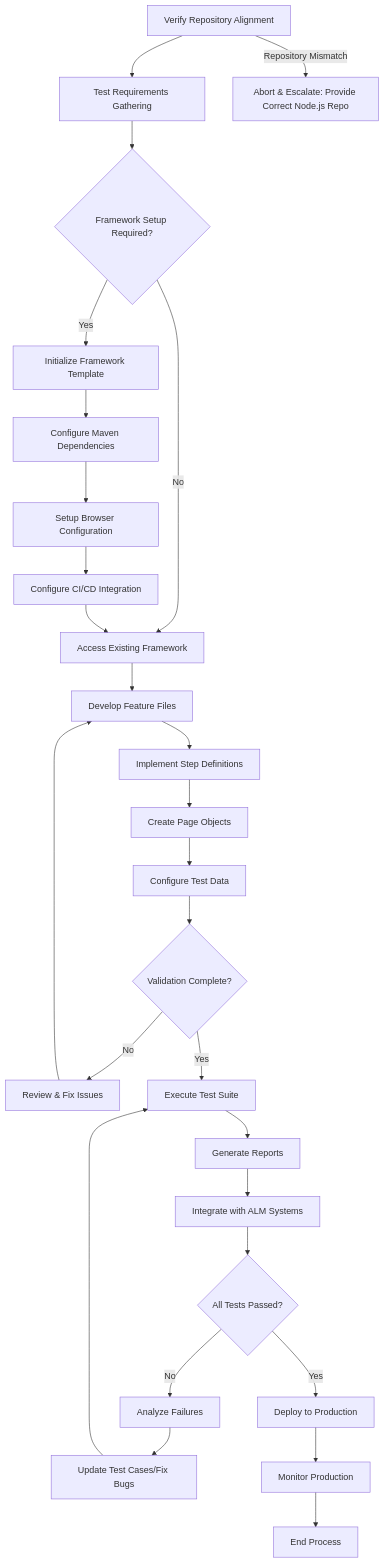
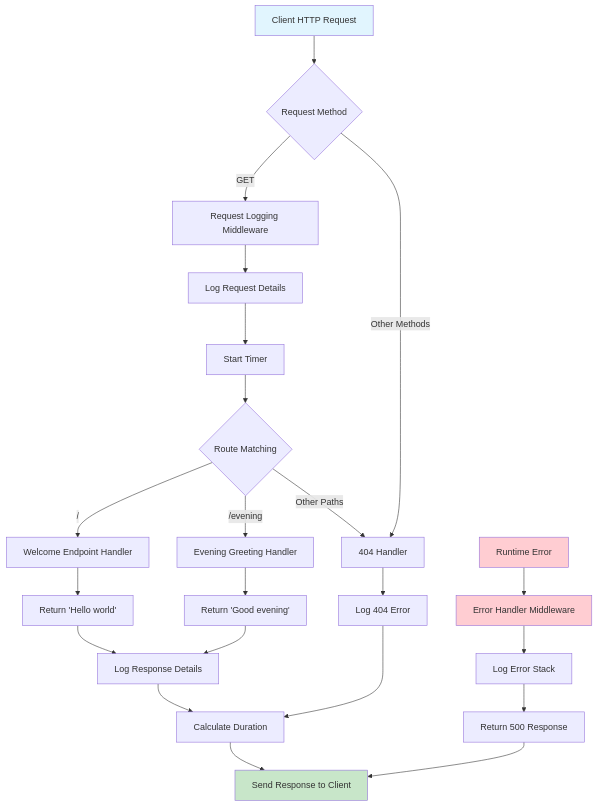
Before and after one commit to lakshya-blitzy/branch_August_lakshya_: the second of 47 diagrams in blitzy/documentation/Technical Specifications.md, drawn with Mermaid. The commit also changed other lines of this file, not shown here.

````diff
--- a/blitzy/documentation/Technical Specifications.md
+++ b/blitzy/documentation/Technical Specifications.md
@@ -1301,36 +1354,35 @@
 ```mermaid
 flowchart TD
-    A0[Verify Repository Alignment] --> A[Test Requirements Gathering]
-    A0 -->|Repository Mismatch| Z[Abort & Escalate: Provide Correct Node.js Repo]
+    A[Client HTTP Request] --> B{Request Method}
+    B -->|GET| C[Request Logging Middleware]
+    B -->|Other Methods| D[404 Handler]
     
-    A --> B{Framework Setup Required?}
-    B -->|Yes| C[Initialize Framework Template]
-    B -->|No| D[Access Existing Framework]
+    C --> E[Log Request Details]
+    E --> F[Start Timer]
+    F --> G{Route Matching}
     
-    C --> E[Configure Maven Dependencies]
-    E --> F[Setup Browser Configuration]
-    F --> G[Configure CI/CD Integration]
-    G --> D
+    G -->|"/"| H[Welcome Endpoint Handler]
+    G -->|"/evening"| I[Evening Greeting Handler]
+    G -->|Other Paths| D
     
-    D --> H[Develop Feature Files]
-    H --> I[Implement Step Definitions]
-    I --> J[Create Page Objects]
-    J --> K[Configure Test Data]
+    H --> J["Return 'Hello world'"]
+    I --> K["Return 'Good evening'"]
     
-    K --> L{Validation Complete?}
-    L -->|No| M[Review & Fix Issues]
-    M --> H
-    L -->|Yes| N[Execute Test Suite]
+    J --> L[Log Response Details]
+    K --> L
+    D --> M[Log 404 Error]
     
-    N --> O[Generate Reports]
-    O --> P[Integrate with ALM Systems]
-    P --> Q{All Tests Passed?}
+    L --> N[Calculate Duration]
+    M --> N
+    N --> O[Send Response to Client]
     
-    Q -->|Yes| R[Deploy to Production]
-    Q -->|No| S[Analyze Failures]
-    S --> T[Update Test Cases/Fix Bugs]
-    T --> N
+    P[Runtime Error] --> Q[Error Handler Middleware]
+    Q --> R[Log Error Stack]
+    R --> S[Return 500 Response]
+    S --> O
     
-    R --> U[Monitor Production]
-    U --> V[End Process]
+    style A fill:#e1f5fe
+    style O fill:#c8e6c9
+    style P fill:#ffcdd2
+    style Q fill:#ffcdd2
 ```
````
